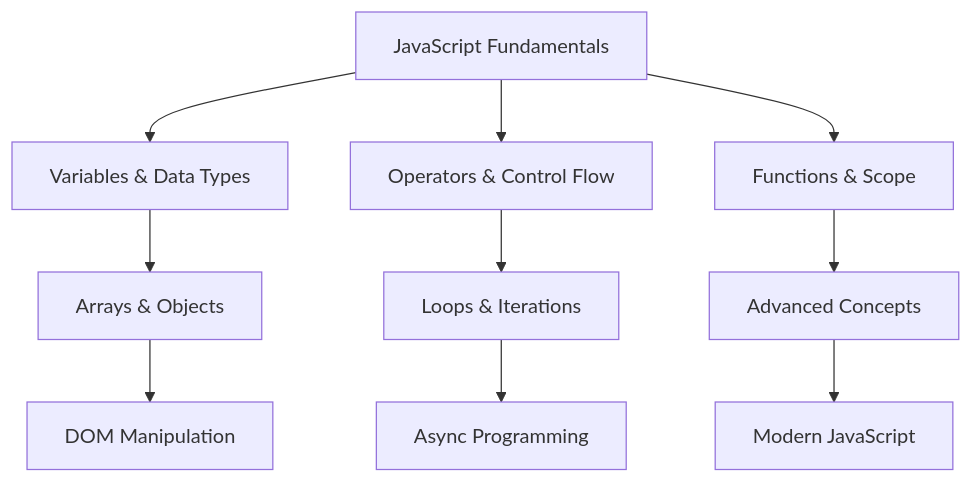
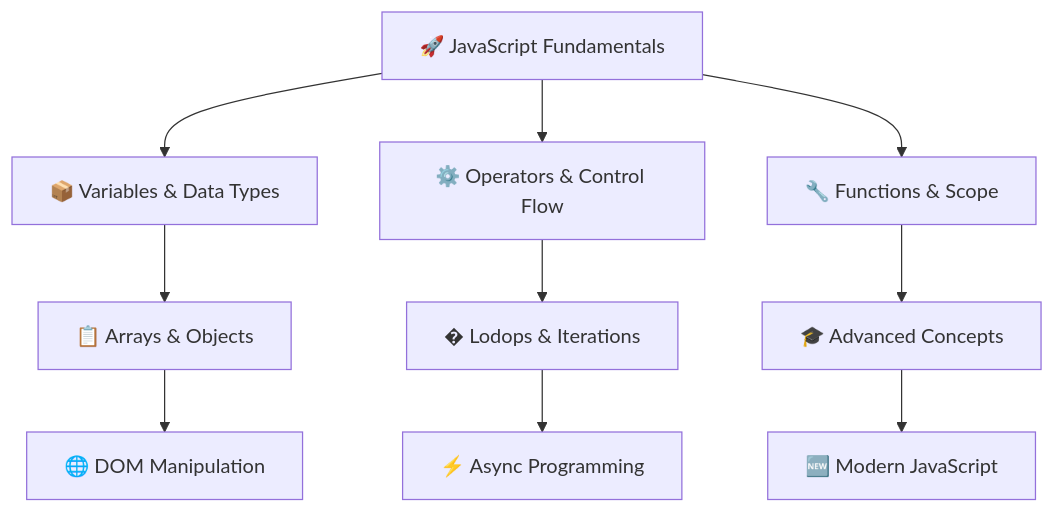
Before and after one commit to Santoshpatel112/JAVASCRIPT-P1: the first of 7 diagrams in ReadMe.md, drawn with Mermaid. The commit also changed other lines of this file, not shown here.

````diff
--- a/ReadMe.md
+++ b/ReadMe.md
@@ -21,12 +32,12 @@
 ```mermaid
 graph TD
-    A[JavaScript Fundamentals] --> B[Variables & Data Types]
-    A --> C[Operators & Control Flow]
-    A --> D[Functions & Scope]
-    B --> E[Arrays & Objects]
-    C --> F[Loops & Iterations]
-    D --> G[Advanced Concepts]
-    E --> H[DOM Manipulation]
-    F --> I[Async Programming]
-    G --> J[Modern JavaScript]
+    A[🚀 JavaScript Fundamentals] --> B[📦 Variables & Data Types]
+    A --> C[⚙️ Operators & Control Flow]
+    A --> D[🔧 Functions & Scope]
+    B --> E[📋 Arrays & Objects]
+    C --> F[� Lodops & Iterations]
+    D --> G[🎓 Advanced Concepts]
+    E --> H[🌐 DOM Manipulation]
+    F --> I[⚡ Async Programming]
+    G --> J[🆕 Modern JavaScript]
 ```
````
